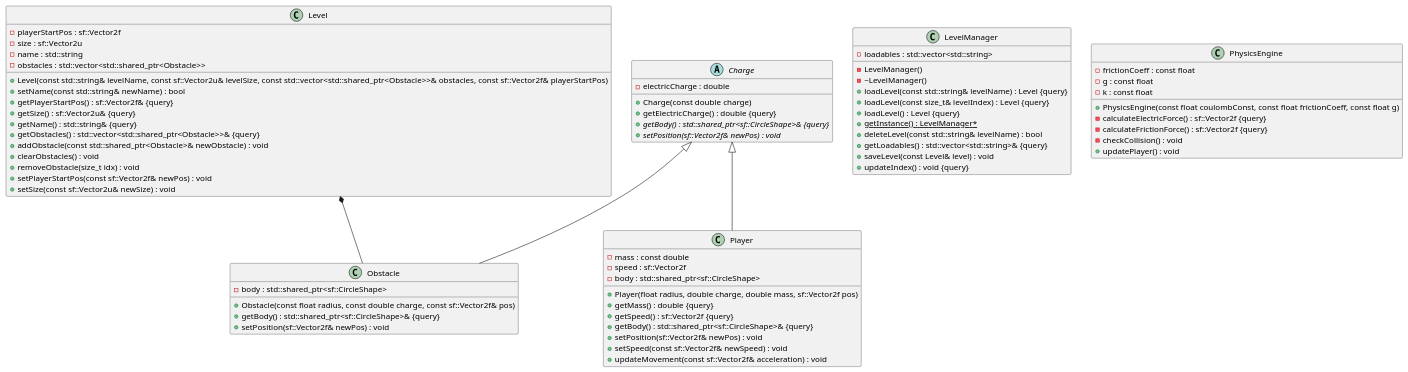
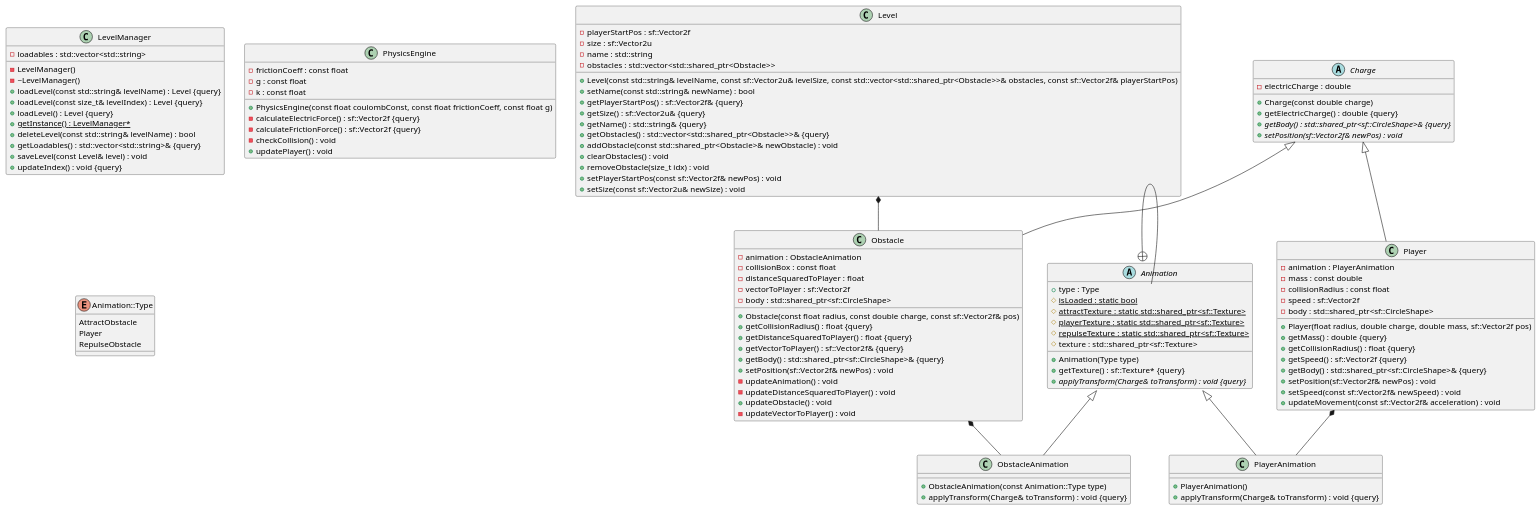
The diagram in uml/ChargeUML.puml (tuskeshatu/Charge-game), drawn with PlantUML before and after one commit. The commit also changed 96 other files, not shown here.

```diff
--- a/uml/ChargeUML.puml
+++ b/uml/ChargeUML.puml
@@ -1,113 +1,174 @@
 @startuml
 
 
 
 
 
 /' Objects '/
+
+abstract class Animation {
+	+Animation(Type type)
+	+type : Type
+	+getTexture() : sf::Texture* {query}
+	#{static} isLoaded : static bool
+	#{static} attractTexture : static std::shared_ptr<sf::Texture>
+	#{static} playerTexture : static std::shared_ptr<sf::Texture>
+	#{static} repulseTexture : static std::shared_ptr<sf::Texture>
+	#texture : std::shared_ptr<sf::Texture>
+	+{abstract} applyTransform(Charge& toTransform) : void {query}
+}
+
 
 abstract class Charge {
 	+Charge(const double charge)
 	-electricCharge : double
 	+getElectricCharge() : double {query}
 	+{abstract} getBody() : std::shared_ptr<sf::CircleShape>& {query}
 	+{abstract} setPosition(sf::Vector2f& newPos) : void
 }
 
 
 class Level {
 	+Level(const std::string& levelName, const sf::Vector2u& levelSize, const std::vector<std::shared_ptr<Obstacle>>& obstacles, const sf::Vector2f& playerStartPos)
 	+setName(const std::string& newName) : bool
 	-playerStartPos : sf::Vector2f
 	+getPlayerStartPos() : sf::Vector2f& {query}
 	-size : sf::Vector2u
 	+getSize() : sf::Vector2u& {query}
 	-name : std::string
 	+getName() : std::string& {query}
 	-obstacles : std::vector<std::shared_ptr<Obstacle>>
 	+getObstacles() : std::vector<std::shared_ptr<Obstacle>>& {query}
 	+addObstacle(const std::shared_ptr<Obstacle>& newObstacle) : void
 	+clearObstacles() : void
 	+removeObstacle(size_t idx) : void
 	+setPlayerStartPos(const sf::Vector2f& newPos) : void
 	+setSize(const sf::Vector2u& newSize) : void
 }
 
 
 class LevelManager {
 	-LevelManager()
 	-~LevelManager()
 	+loadLevel(const std::string& levelName) : Level {query}
 	+loadLevel(const size_t& levelIndex) : Level {query}
 	+loadLevel() : Level {query}
 	+{static} getInstance() : LevelManager*
 	+deleteLevel(const std::string& levelName) : bool
 	-loadables : std::vector<std::string>
 	+getLoadables() : std::vector<std::string>& {query}
 	+saveLevel(const Level& level) : void
 	+updateIndex() : void {query}
 }
 
 
 class Obstacle {
 	+Obstacle(const float radius, const double charge, const sf::Vector2f& pos)
+	-animation : ObstacleAnimation
+	-collisionBox : const float
+	-distanceSquaredToPlayer : float
+	+getCollisionRadius() : float {query}
+	+getDistanceSquaredToPlayer() : float {query}
+	-vectorToPlayer : sf::Vector2f
+	+getVectorToPlayer() : sf::Vector2f& {query}
 	-body : std::shared_ptr<sf::CircleShape>
 	+getBody() : std::shared_ptr<sf::CircleShape>& {query}
 	+setPosition(sf::Vector2f& newPos) : void
+	-updateAnimation() : void
+	-updateDistanceSquaredToPlayer() : void
+	+updateObstacle() : void
+	-updateVectorToPlayer() : void
+}
+
+
+class ObstacleAnimation {
+	+ObstacleAnimation(const Animation::Type type)
+	+applyTransform(Charge& toTransform) : void {query}
 }
 
 
 class PhysicsEngine {
 	+PhysicsEngine(const float coulombConst, const float frictionCoeff, const float g)
 	-frictionCoeff : const float
 	-g : const float
 	-k : const float
 	-calculateElectricForce() : sf::Vector2f {query}
 	-calculateFrictionForce() : sf::Vector2f {query}
 	-checkCollision() : void
 	+updatePlayer() : void
 }
 
 
 class Player {
 	+Player(float radius, double charge, double mass, sf::Vector2f pos)
+	-animation : PlayerAnimation
 	-mass : const double
+	-collisionRadius : const float
 	+getMass() : double {query}
+	+getCollisionRadius() : float {query}
 	+getSpeed() : sf::Vector2f {query}
 	-speed : sf::Vector2f
 	-body : std::shared_ptr<sf::CircleShape>
 	+getBody() : std::shared_ptr<sf::CircleShape>& {query}
 	+setPosition(sf::Vector2f& newPos) : void
 	+setSpeed(const sf::Vector2f& newSpeed) : void
 	+updateMovement(const sf::Vector2f& acceleration) : void
 }
 
 
+class PlayerAnimation {
+	+PlayerAnimation()
+	+applyTransform(Charge& toTransform) : void {query}
+}
+
+
+enum Animation::Type {
+	AttractObstacle
+	Player
+	RepulseObstacle
+}
+
+
 
 
 
 /' Inheritance relationships '/
+
+.Animation <|-- .ObstacleAnimation
+
+
+.Animation <|-- .PlayerAnimation
+
 
 .Charge <|-- .Obstacle
 
 
 .Charge <|-- .Player
 
 
 
 
 
 /' Aggregation relationships '/
 
 .Level *-- .Obstacle
 
 
+.Obstacle *-- .ObstacleAnimation
+
+
+.Player *-- .PlayerAnimation
+
+
 
 
 
 
 /' Nested objects '/
 
+.Animation +-- .Animation::Type
+
+
 
 
 @enduml
```
